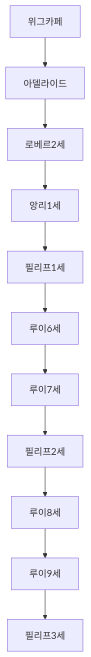
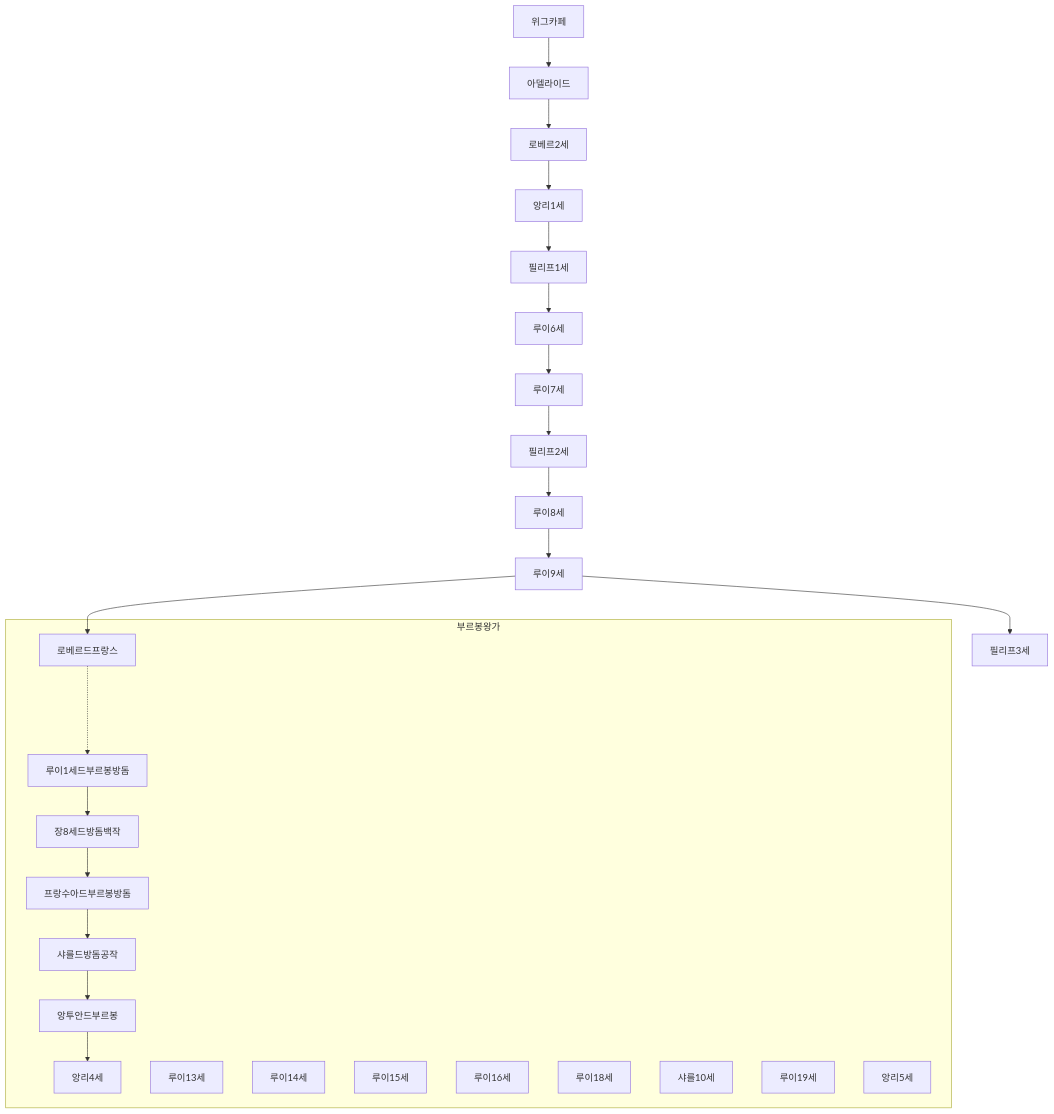
One commit to daewonyoon/historigram changed the second of 2 diagrams in 세계사/프랑스카페본가.md. Above: the diagram before and after it, drawn with Mermaid.

Commit message:
부르봉

````diff
--- a/세계사/프랑스카페본가.md
+++ b/세계사/프랑스카페본가.md
@@ -25,6 +25,19 @@
 ```mermaid
 graph TD
 
  위그카페 --> 아델라이드 --> 로베르2세 --> 앙리1세 --> 필리프1세 --> 루이6세 --> 루이7세 --> 필리프2세 --> 루이8세 --> 루이9세 --> 필리프3세 
  
+ 루이9세 --> 로베르드프랑스
+
+ subgraph 부르봉왕가
+  로베르드프랑스 -...->   루이1세드부르봉방돔 --> 장8세드방돔백작 -->  프랑수아드부르봉방돔 --> 샤를드방돔공작 --> 앙투안드부르봉 --> 앙리4세
+  루이13세
+  루이14세
+  루이15세
+  루이16세
+  루이18세
+  샤를10세
+  루이19세
+  앙리5세
+ end
 ```
````
